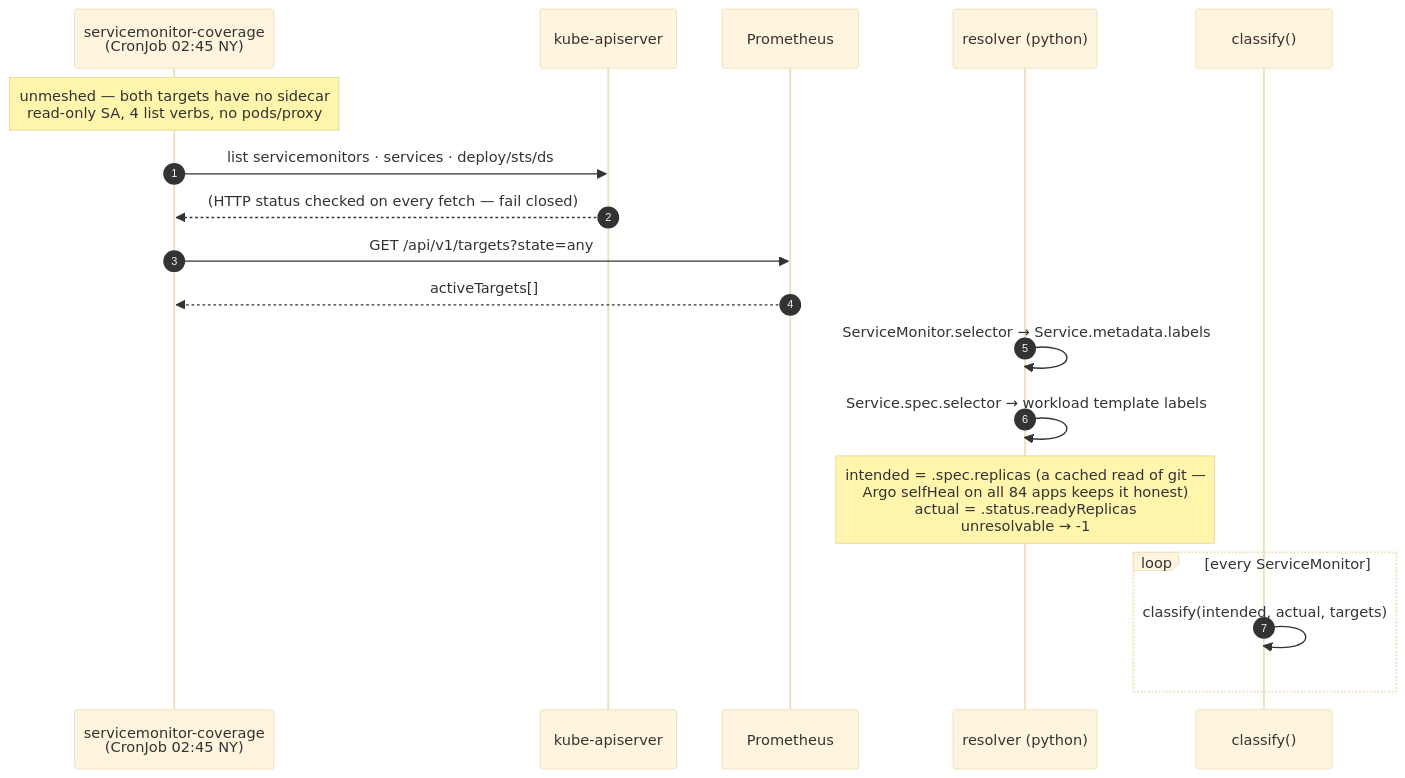
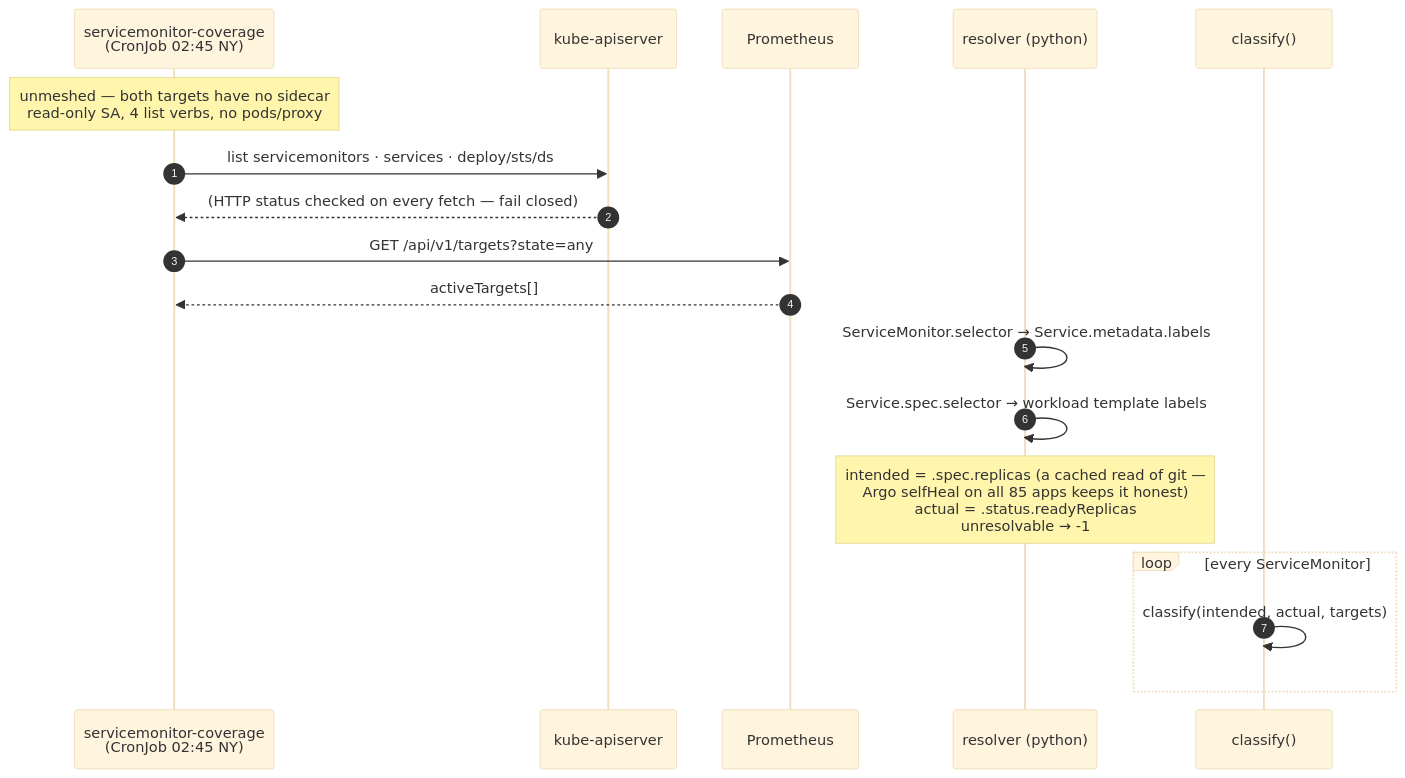
Before and after one commit to edtbl76/weyland-lab: the second of 3 diagrams in docs/diagrams/flow-servicemonitor-coverage.md, drawn with Mermaid (base theme). The commit also changed 30 other files, not shown here.

````diff
--- a/docs/diagrams/flow-servicemonitor-coverage.md
+++ b/docs/diagrams/flow-servicemonitor-coverage.md
@@ -36,24 +36,24 @@
 ```mermaid
 sequenceDiagram
     autonumber
     participant CJ as servicemonitor-coverage<br/>(CronJob 02:45 NY)
     participant API as kube-apiserver
     participant PROM as Prometheus
     participant RES as resolver (python)
     participant CLS as classify()
 
     Note over CJ: unmeshed — both targets have no sidecar<br/>read-only SA, 4 list verbs, no pods/proxy
 
     CJ->>API: list servicemonitors · services · deploy/sts/ds
     API-->>CJ: (HTTP status checked on every fetch — fail closed)
     CJ->>PROM: GET /api/v1/targets?state=any
     PROM-->>CJ: activeTargets[]
 
     RES->>RES: ServiceMonitor.selector → Service.metadata.labels
     RES->>RES: Service.spec.selector → workload template labels
-    Note over RES: intended = .spec.replicas (a cached read of git —<br/>Argo selfHeal on all 84 apps keeps it honest)<br/>actual = .status.readyReplicas<br/>unresolvable → -1
+    Note over RES: intended = .spec.replicas (a cached read of git —<br/>Argo selfHeal on all 85 apps keeps it honest)<br/>actual = .status.readyReplicas<br/>unresolvable → -1
 
     loop every ServiceMonitor
     CLS->>CLS: classify(intended, actual, targets)
     end
 ```
````
